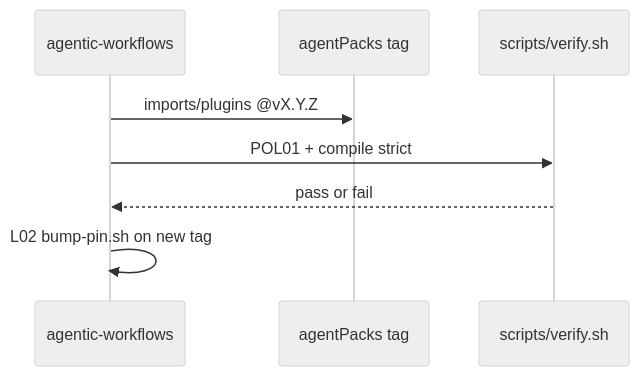
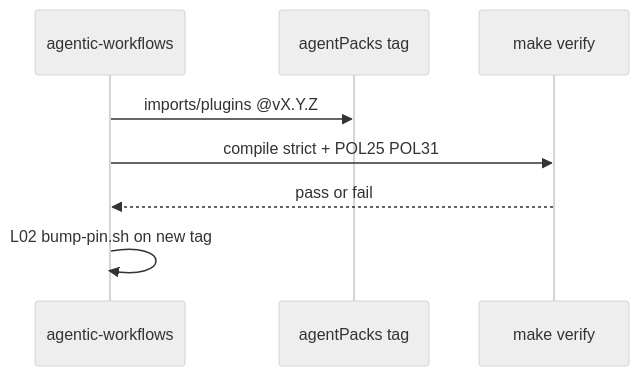
The second of 2 diagrams in docs/pbi/done/C12-agentpacks-import-contract.md (svennijhuis/agentic-workflows), drawn with Mermaid (neutral theme) before and after one commit. The commit also changed other lines of this file and 986 other files, not shown here.

Commit message:
Cleanup: trust gh aw compile --strict, keep POL25 and POL31 (#28)

````diff
--- a/docs/pbi/done/C12-agentpacks-import-contract.md
+++ b/docs/pbi/done/C12-agentpacks-import-contract.md
@@ -66,10 +57,10 @@
 ```mermaid
 sequenceDiagram
   participant AW as agentic-workflows
   participant AP as agentPacks tag
-  participant V as scripts/verify.sh
+  participant V as make verify
   AW->>AP: imports/plugins @vX.Y.Z
-  AW->>V: POL01 + compile strict
+  AW->>V: compile strict + POL25 POL31
   V-->>AW: pass or fail
   AW->>AW: L02 bump-pin.sh on new tag
 ```
````
